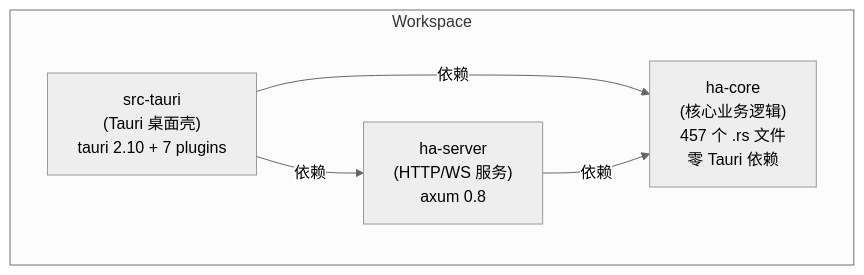
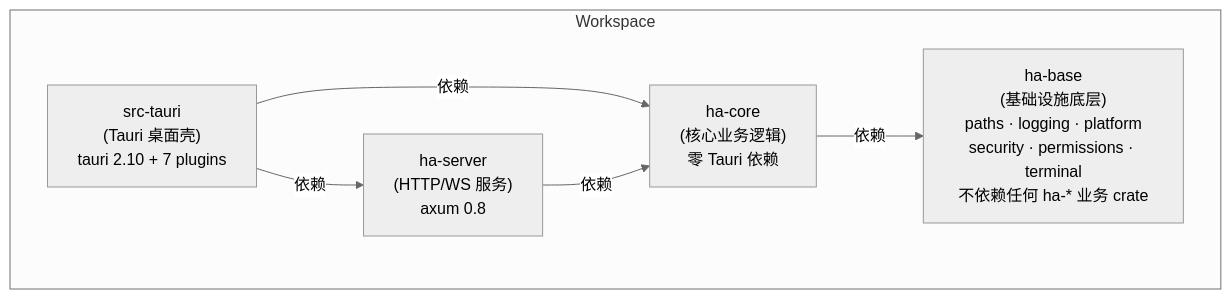
The first of 6 diagrams in docs/architecture/backend-separation.md (shiwenwen/hope-agent), drawn with Mermaid (neutral theme) before and after one commit. The commit also changed other lines of this file and 72 other files, not shown here.

````diff
--- a/docs/architecture/backend-separation.md
+++ b/docs/architecture/backend-separation.md
@@ -15,13 +15,15 @@
 ```mermaid
 graph TD
     subgraph Workspace
         HA_TAURI["src-tauri<br/>(Tauri 桌面壳)<br/>tauri 2.10 + 7 plugins"]
         HA_SERVER["ha-server<br/>(HTTP/WS 服务)<br/>axum 0.8"]
-        HA_CORE["ha-core<br/>(核心业务逻辑)<br/>457 个 .rs 文件<br/>零 Tauri 依赖"]
+        HA_CORE["ha-core<br/>(核心业务逻辑)<br/>零 Tauri 依赖"]
+        HA_BASE["ha-base<br/>(基础设施底层)<br/>paths · logging · platform<br/>security · permissions · terminal<br/>不依赖任何 ha-* 业务 crate"]
     end
 
     HA_TAURI -->|"依赖"| HA_SERVER
     HA_TAURI -->|"依赖"| HA_CORE
     HA_SERVER -->|"依赖"| HA_CORE
+    HA_CORE -->|"依赖"| HA_BASE
 
 ```
````
